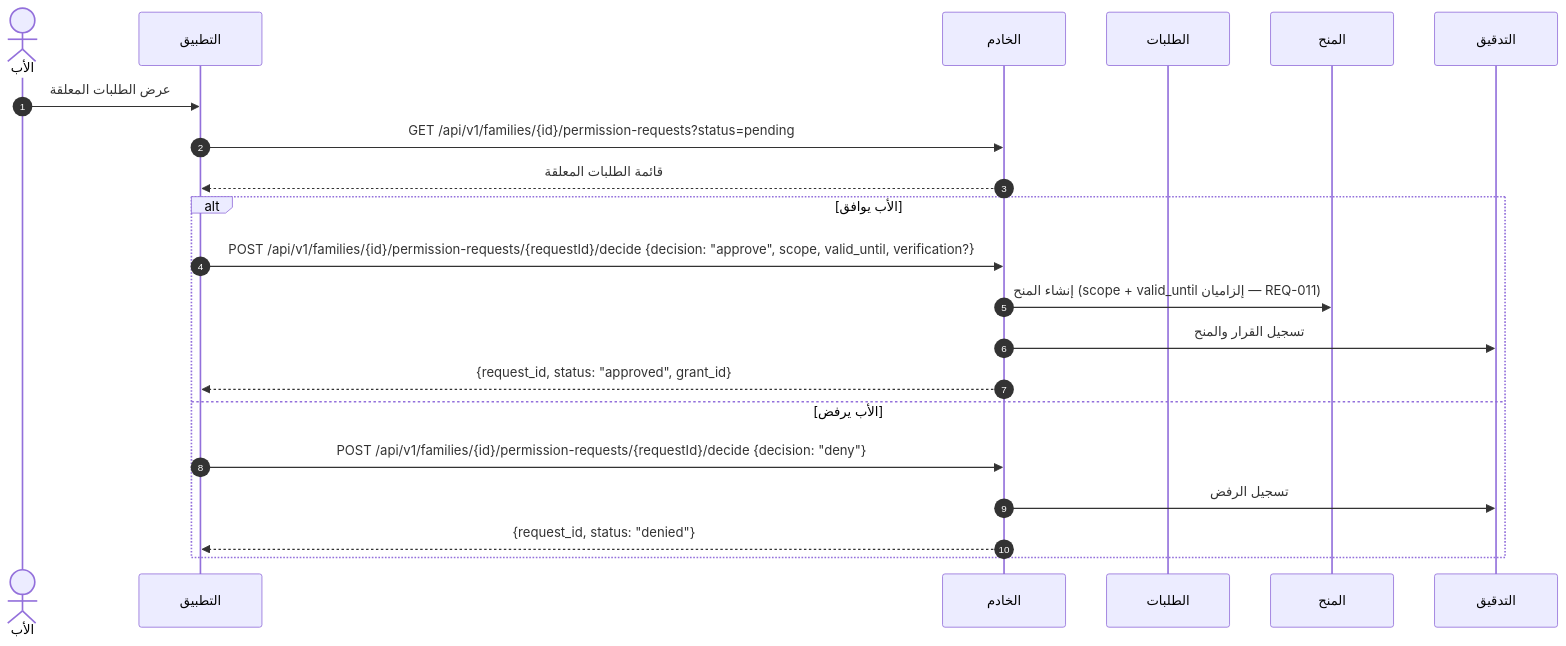
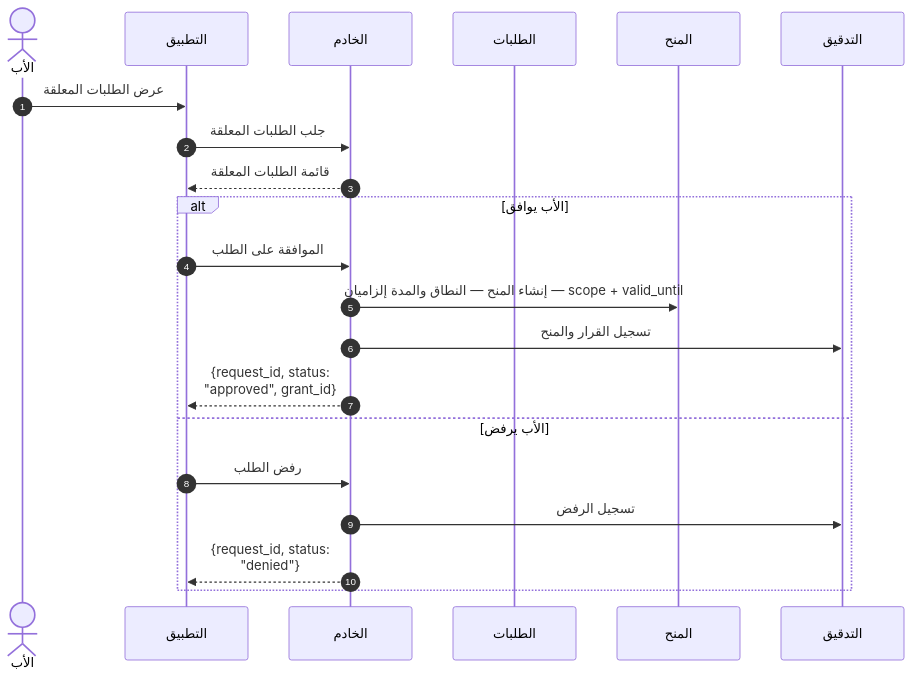
One commit to Bassam-mohammed-alqaeadi/family-os-v2 changed diagram 19 of 39 in docs/family-os/governance/phases/phase-1/S1-03-family-roles-and-permissions/DIAGRAMS.md. Above: the diagram before and after it, drawn with Mermaid. The commit also changed other lines of this file, not shown here.

````diff
--- a/docs/family-os/governance/phases/phase-1/S1-03-family-roles-and-permissions/DIAGRAMS.md
+++ b/docs/family-os/governance/phases/phase-1/S1-03-family-roles-and-permissions/DIAGRAMS.md
@@ -748,23 +838,24 @@
 ```mermaid
+%%{init: {"sequence": {"wrap": true}}}%%
 sequenceDiagram
     autonumber
     actor Father as الأب
     participant App as التطبيق
     participant Ktor as الخادم
     participant Requests as الطلبات
     participant Grants as المنح
     participant Audit as التدقيق
     Father->>App: عرض الطلبات المعلقة
-    App->>Ktor: GET /api/v1/families/{id}/permission-requests?status=pending
+    App->>Ktor: جلب الطلبات المعلقة
     Ktor-->>App: قائمة الطلبات المعلقة
     alt الأب يوافق
-        App->>Ktor: POST /api/v1/families/{id}/permission-requests/{requestId}/decide {decision: "approve", scope, valid_until, verification?}
-        Ktor->>Grants: إنشاء المنح (scope + valid_until إلزاميان — REQ-011)
+        App->>Ktor: الموافقة على الطلب
+        Ktor->>Grants: إنشاء المنح — النطاق والمدة إلزاميان — scope + valid_until
         Ktor->>Audit: تسجيل القرار والمنح
         Ktor-->>App: {request_id, status: "approved", grant_id}
     else الأب يرفض
-        App->>Ktor: POST /api/v1/families/{id}/permission-requests/{requestId}/decide {decision: "deny"}
+        App->>Ktor: رفض الطلب
         Ktor->>Audit: تسجيل الرفض
         Ktor-->>App: {request_id, status: "denied"}
     end
 ```
````
